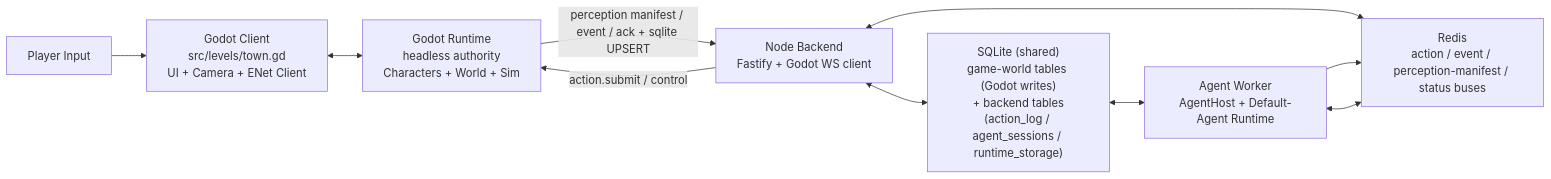
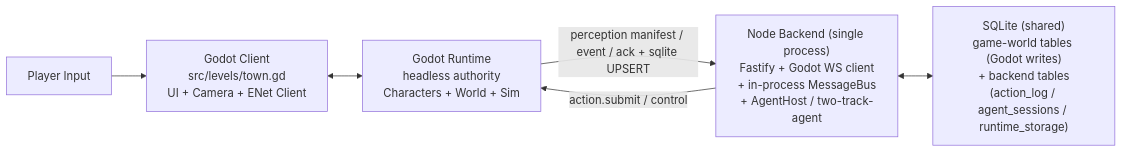
The diagram in docs/architecture/system-architecture.md (hackiey/ai-town), drawn with Mermaid before and after one commit. The commit also changed other lines of this file and 144 other files, not shown here.

````diff
--- a/docs/architecture/system-architecture.md
+++ b/docs/architecture/system-architecture.md
@@ -21,12 +22,8 @@
 ```mermaid
 flowchart LR
   Player["Player Input"] --> Client["Godot Client\nsrc/levels/town.gd\nUI + Camera + ENet Client"]
   Client <--> Runtime["Godot Runtime\nheadless authority\nCharacters + World + Sim"]
-  Backend["Node Backend\nFastify + Godot WS client"] -->|action.submit / control| Runtime
+  Backend["Node Backend (single process)\nFastify + Godot WS client\n+ in-process MessageBus\n+ AgentHost / two-track-agent"] -->|action.submit / control| Runtime
   Runtime -->|perception manifest / event / ack + sqlite UPSERT| Backend
   Backend <--> Sqlite["SQLite (shared)\ngame-world tables (Godot writes)\n+ backend tables\n(action_log / agent_sessions / runtime_storage)"]
-  Backend <--> Redis["Redis\naction / event / perception-manifest / status buses"]
-  Redis <--> Worker["Agent Worker\nAgentHost + Default-Agent Runtime"]
-  Sqlite <--> Worker
-  Worker --> Redis
 ```
````
